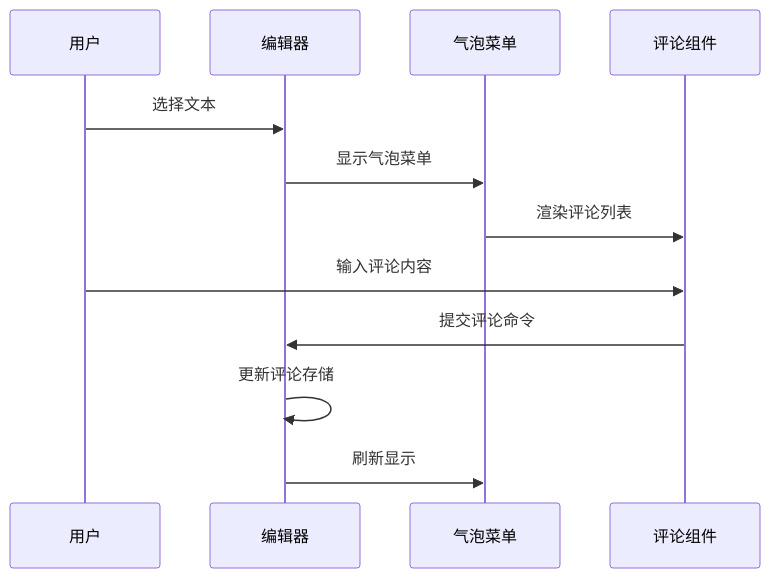
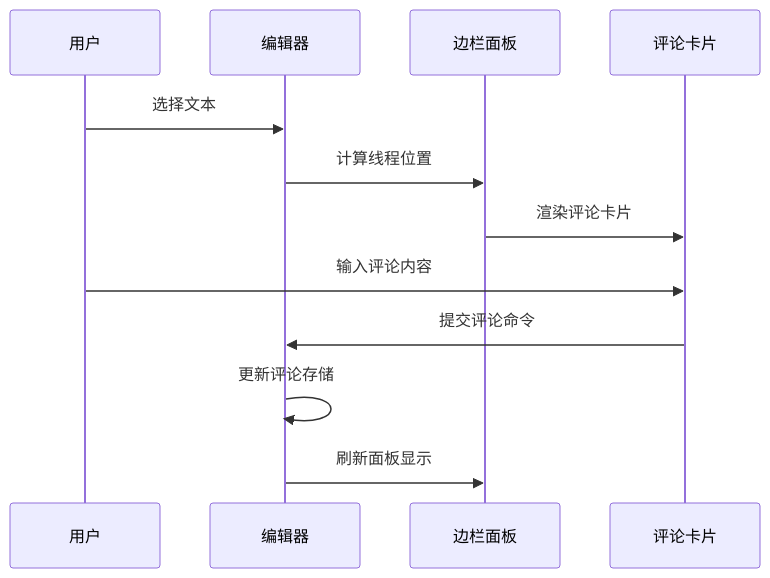
The fourth of 9 diagrams in .qoder/repowiki/zh/content/增强评论系统.md (LRF0422/Kotion), drawn with Mermaid before and after one commit. The commit also changed other lines of this file and 5 other files, not shown here.

````diff
--- a/.qoder/repowiki/zh/content/增强评论系统.md
+++ b/.qoder/repowiki/zh/content/增强评论系统.md
@@ -165,14 +183,14 @@
 ```mermaid
 sequenceDiagram
 participant U as 用户
 participant E as 编辑器
-participant B as 气泡菜单
-participant C as 评论组件
+participant MP as 边栏面板
+participant MCC as 评论卡片
 U->>E : 选择文本
-E->>B : 显示气泡菜单
-B->>C : 渲染评论列表
-U->>C : 输入评论内容
-C->>E : 提交评论命令
+E->>MP : 计算线程位置
+MP->>MCC : 渲染评论卡片
+U->>MCC : 输入评论内容
+MCC->>E : 提交评论命令
 E->>E : 更新评论存储
-E->>B : 刷新显示
+E->>MP : 刷新面板显示
 ```
````
